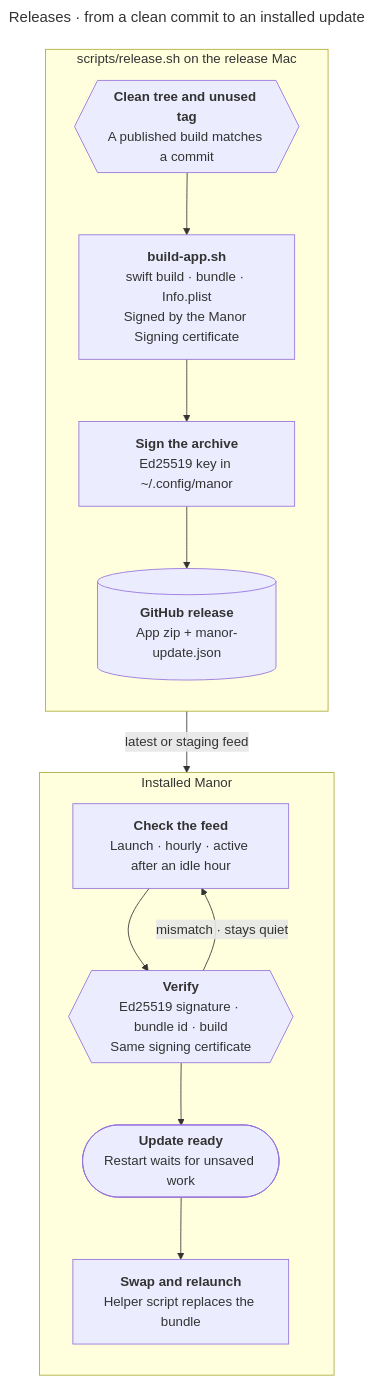
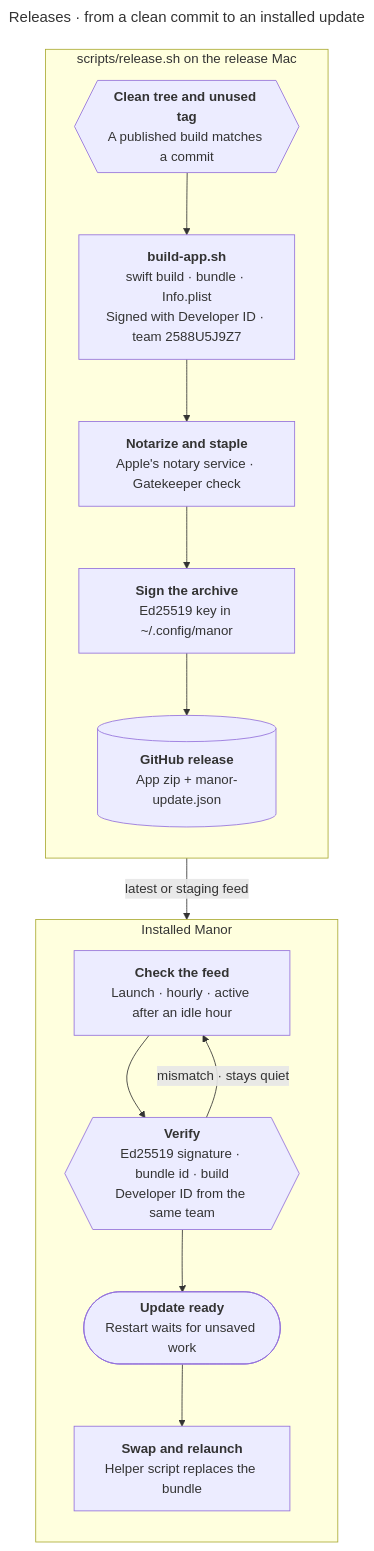
Before and after one commit to rithm84/Manor: the diagram in docs/diagrams/pele/release-pipeline.mmd, drawn with Mermaid. The commit also changed 10 other files, not shown here.

First line of the commit message:
Sign Manor with Developer ID and notarize every release

```diff
--- a/docs/diagrams/pele/release-pipeline.mmd
+++ b/docs/diagrams/pele/release-pipeline.mmd
@@ -1,32 +1,34 @@
 ---
 title: Releases · from a clean commit to an installed update
 ---
 flowchart TB
   subgraph publish ["scripts/release.sh on the release Mac"]
     direction TB
     clean{{"`**Clean tree and unused tag**
     A published build matches a commit`"}}:::gate
     build["`**build-app.sh**
     swift build · bundle · Info.plist
-    Signed by the Manor Signing certificate`"]:::app
+    Signed with Developer ID · team 2588U5J9Z7`"]:::app
+    notarize["`**Notarize and staple**
+    Apple's notary service · Gatekeeper check`"]:::external
     sign["`**Sign the archive**
     Ed25519 key in ~/.config/manor`"]:::gate
     release[("`**GitHub release**
     App zip + manor-update.json`")]:::external
-    clean --> build --> sign --> release
+    clean --> build --> notarize --> sign --> release
   end
   subgraph installed ["Installed Manor"]
     direction TB
     check["`**Check the feed**
     Launch · hourly · active after an idle hour`"]:::app
     verify{{"`**Verify**
     Ed25519 signature · bundle id · build
-    Same signing certificate`"}}:::gate
+    Developer ID from the same team`"}}:::gate
     offer(["`**Update ready**
     Restart waits for unsaved work`"]):::app
     swap["`**Swap and relaunch**
     Helper script replaces the bundle`"]:::app
     check --> verify --> offer --> swap
   end
   release -->|latest or staging feed| check
   verify blocked_1@-->|mismatch · stays quiet| check
```
